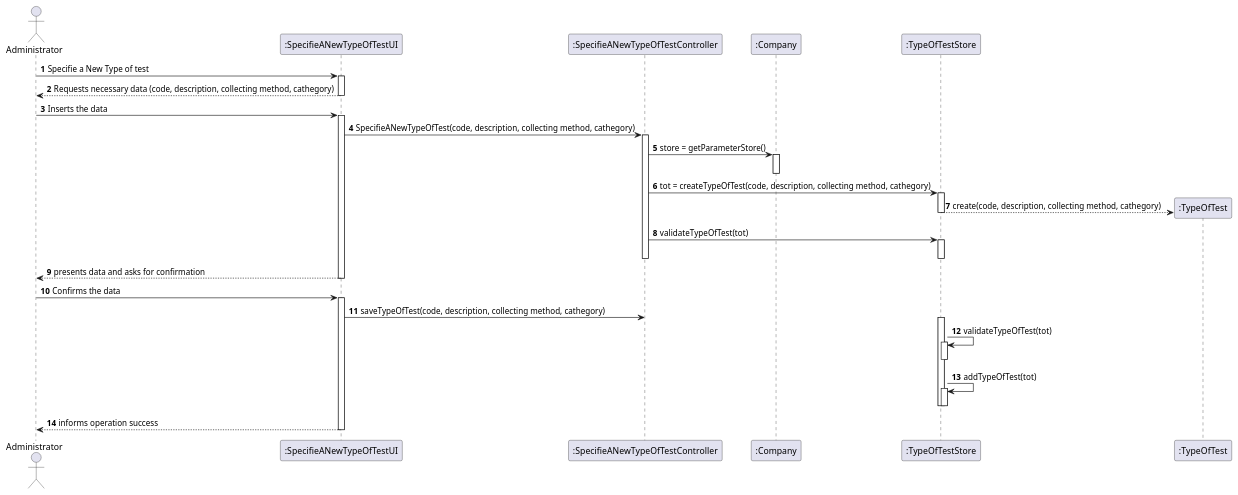
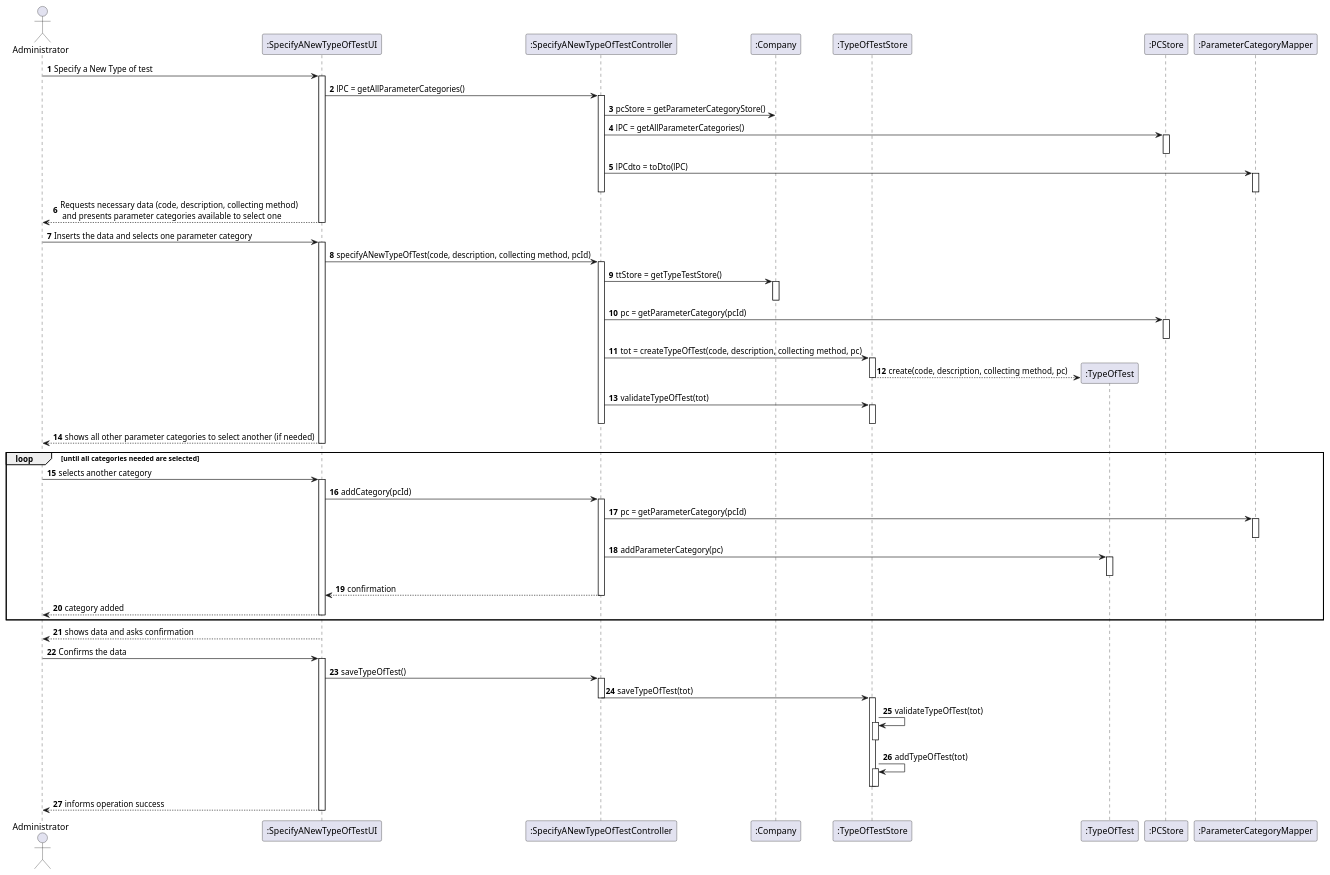
Before and after one commit to GuilhermeCunha79/lapr2: the diagram in docs/SprintC/US9/UC9_SD.puml, drawn with PlantUML. The commit also changed 57 other files, not shown here.

Commit message:
[US-9] Great Improvements to the US-9 documentation diagrams and code [US-8] Great Improvements to the US-8 documentation and diagrams [API] Added all 3 APIs needed for US5 & US12

```diff
--- a/docs/SprintC/US9/UC9_SD.puml
+++ b/docs/SprintC/US9/UC9_SD.puml
@@ -1,51 +1,85 @@
 @startuml
 'https://plantuml.com/sequence-diagram
 
 autonumber
 actor "Administrator" as ADMIN
 
-participant ":SpecifieANewTypeOfTestUI" as UI
-participant ":SpecifieANewTypeOfTestController" as CTRL
+participant ":SpecifyANewTypeOfTestUI" as UI
+participant ":SpecifyANewTypeOfTestController" as CTRL
 participant ":Company" as COMP
 participant ":TypeOfTestStore" as TOTS
 participant ":TypeOfTest" as TOT
+participant ":PCStore" as PCS
+participant ":ParameterCategoryMapper" as PCM
 
-ADMIN -> UI : Specifie a New Type of test
+ADMIN -> UI : Specify a New Type of test
 activate UI
-    UI --> ADMIN : Requests necessary data (code, description, collecting method, cathegory)
+    UI -> CTRL : lPC = getAllParameterCategories()
+    activate CTRL
+        CTRL -> COMP : pcStore = getParameterCategoryStore()
+        CTRL -> PCS : lPC = getAllParameterCategories()
+        activate PCS
+        deactivate PCS
+        CTRL -> PCM : lPCdto = toDto(lPC)
+        activate PCM
+        deactivate PCM
+    deactivate CTRL
+    UI --> ADMIN : Requests necessary data (code, description, collecting method)\n and presents parameter categories available to select one
 deactivate UI
-ADMIN -> UI : Inserts the data
+ADMIN -> UI : Inserts the data and selects one parameter category
 activate UI
-    UI -> CTRL : SpecifieANewTypeOfTest(code, description, collecting method, cathegory)
+    UI -> CTRL : specifyANewTypeOfTest(code, description, collecting method, pcId)
     activate CTRL
-        CTRL -> COMP : store = getParameterStore()
+        CTRL -> COMP : ttStore = getTypeTestStore()
         activate COMP
         deactivate COMP
-        CTRL -> TOTS : tot = createTypeOfTest(code, description, collecting method, cathegory)
+        CTRL -> PCS : pc = getParameterCategory(pcId)
+        activate PCS
+        deactivate PCS
+        CTRL -> TOTS : tot = createTypeOfTest(code, description, collecting method, pc)
                 activate TOTS
-                    TOTS --> TOT** : create(code, description, collecting method, cathegory)
+                    TOTS --> TOT** : create(code, description, collecting method, pc)
                 deactivate TOTS
                 CTRL -> TOTS : validateTypeOfTest(tot)
                 activate TOTS
                 deactivate TOTS
     deactivate CTRL
-    UI --> ADMIN : presents data and asks for confirmation
+    UI --> ADMIN : shows all other parameter categories to select another (if needed)
 deactivate UI
-
+loop until all categories needed are selected
+    ADMIN -> UI : selects another category
+    activate UI
+        UI -> CTRL : addCategory(pcId)
+        activate CTRL
+        CTRL -> PCM : pc = getParameterCategory(pcId)
+        activate PCM
+        deactivate PCM
+        CTRL -> TOT : addParameterCategory(pc)
+        activate TOT
+        deactivate TOT
+        CTRL --> UI : confirmation
+        deactivate CTRL
+        UI --> ADMIN : category added
+    deactivate UI
+end loop
+UI --> ADMIN : shows data and asks confirmation
 ADMIN -> UI : Confirms the data
 activate UI
-    UI -> CTRL : saveTypeOfTest(code, description, collecting method, cathegory)
+    UI -> CTRL : saveTypeOfTest()
+    activate CTRL
+        CTRL -> TOTS : saveTypeOfTest(tot)
+    deactivate CTRL
 activate TOTS
             TOTS -> TOTS : validateTypeOfTest(tot)
             activate TOTS
             deactivate TOTS
             TOTS -> TOTS : addTypeOfTest(tot)
             activate TOTS
             deactivate TOTS
         deactivate TOTS
     deactivate CTRL
     UI --> ADMIN : informs operation success
 deactivate UI
 
 
 @enduml
```
